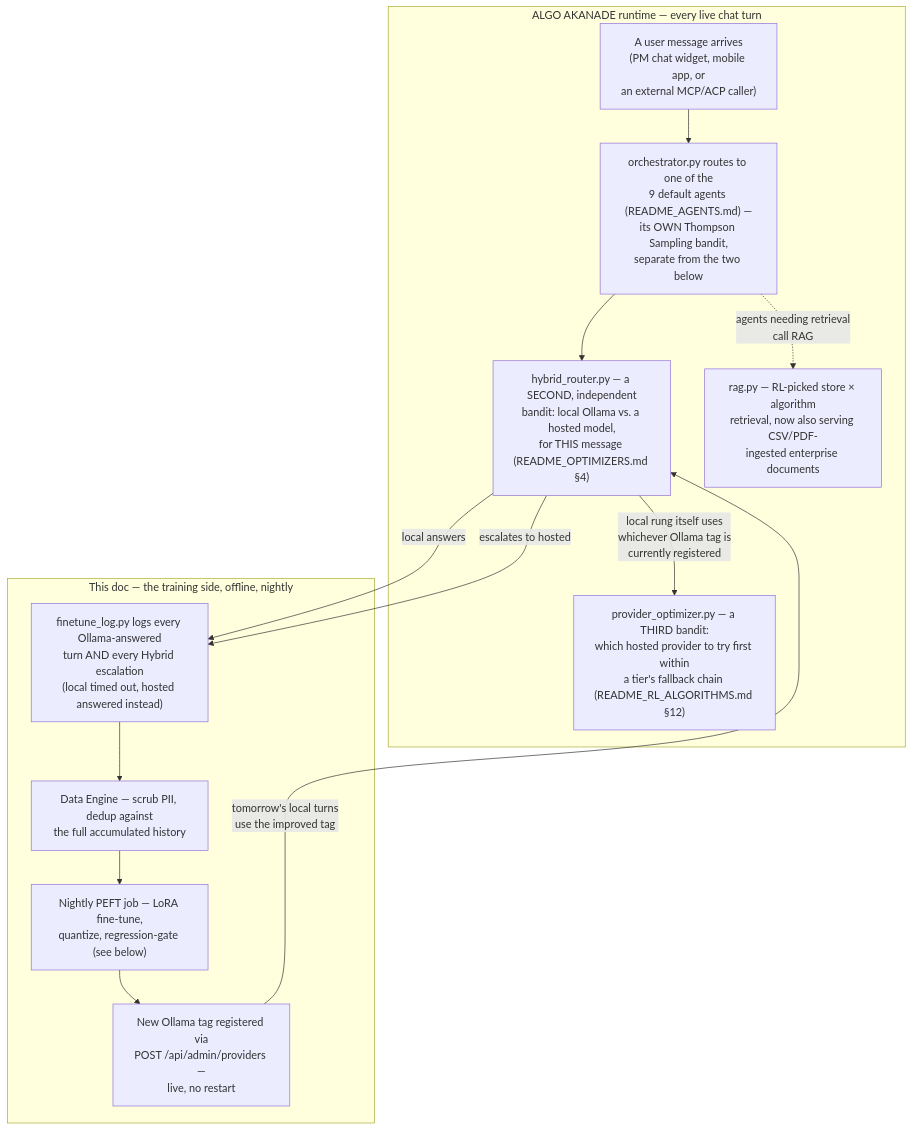
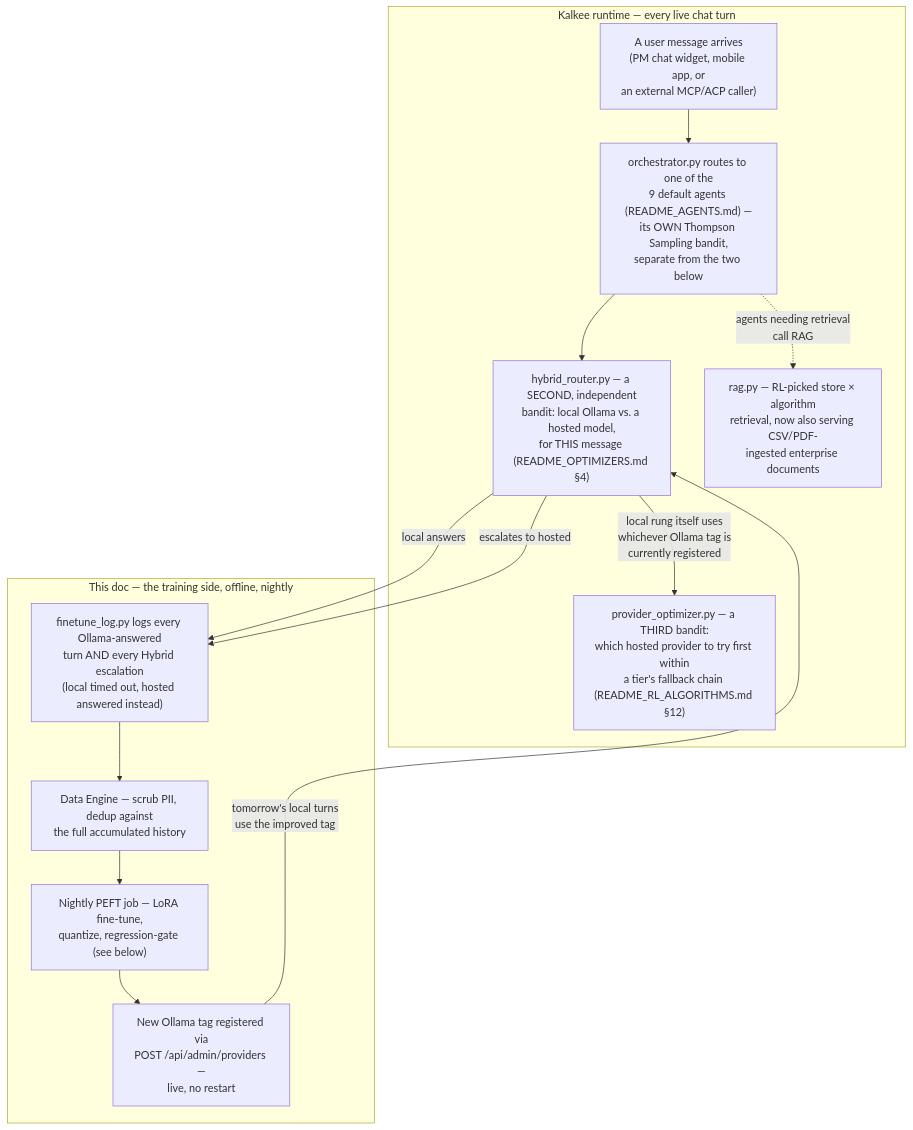
The diagram in docs/kalkee/kalkee/README_SLM_PIPELINE.md (quantum-coder-732/mhRaaga), drawn with Mermaid before and after one commit. The commit also changed other lines of this file and 174 other files, not shown here.

Commit message:
Docs as HTML site at /docs (66 pages, search, diagrams, dark mode, phone layout); how-it-works and all-agents pages; remove Akanade copy of docs, product named Kalkee; remove stale how-it-works.html

````diff
--- a/docs/kalkee/kalkee/README_SLM_PIPELINE.md
+++ b/docs/kalkee/kalkee/README_SLM_PIPELINE.md
@@ -103,25 +103,25 @@
 ```mermaid
 flowchart TD
-    subgraph RUNTIME["ALGO AKANADE runtime — every live chat turn"]
+    subgraph RUNTIME["Kalkee runtime — every live chat turn"]
         U["A user message arrives\n(PM chat widget, mobile app, or\nan external MCP/ACP caller)"]
         O["orchestrator.py routes to one of the\n9 default agents (README_AGENTS.md) —\nits OWN Thompson Sampling bandit,\nseparate from the two below"]
         H["hybrid_router.py — a SECOND, independent\nbandit: local Ollama vs. a hosted model,\nfor THIS message (README_OPTIMIZERS.md §4)"]
         P["provider_optimizer.py — a THIRD bandit:\nwhich hosted provider to try first within\na tier's fallback chain (README_RL_ALGORITHMS.md §12)"]
         RAG["rag.py — RL-picked store × algorithm\nretrieval, now also serving CSV/PDF-\ningested enterprise documents"]
     end
 
     subgraph TRAINING["This doc — the training side, offline, nightly"]
         LOG["finetune_log.py logs every Ollama-answered\nturn AND every Hybrid escalation\n(local timed out, hosted answered instead)"]
         DE["Data Engine — scrub PII, dedup against\nthe full accumulated history"]
         FT["Nightly PEFT job — LoRA fine-tune,\nquantize, regression-gate (see below)"]
         REG["New Ollama tag registered via\nPOST /api/admin/providers —\nlive, no restart"]
     end
 
     U --> O --> H
     H -->|"local answers"| LOG
     H -->|"escalates to hosted"| LOG
     O -.->|"agents needing retrieval\ncall RAG"| RAG
     H -->|"local rung itself uses\nwhichever Ollama tag is\ncurrently registered"| P
     LOG --> DE --> FT --> REG
     REG -->|"tomorrow's local turns\nuse the improved tag"| H
 ```
````
